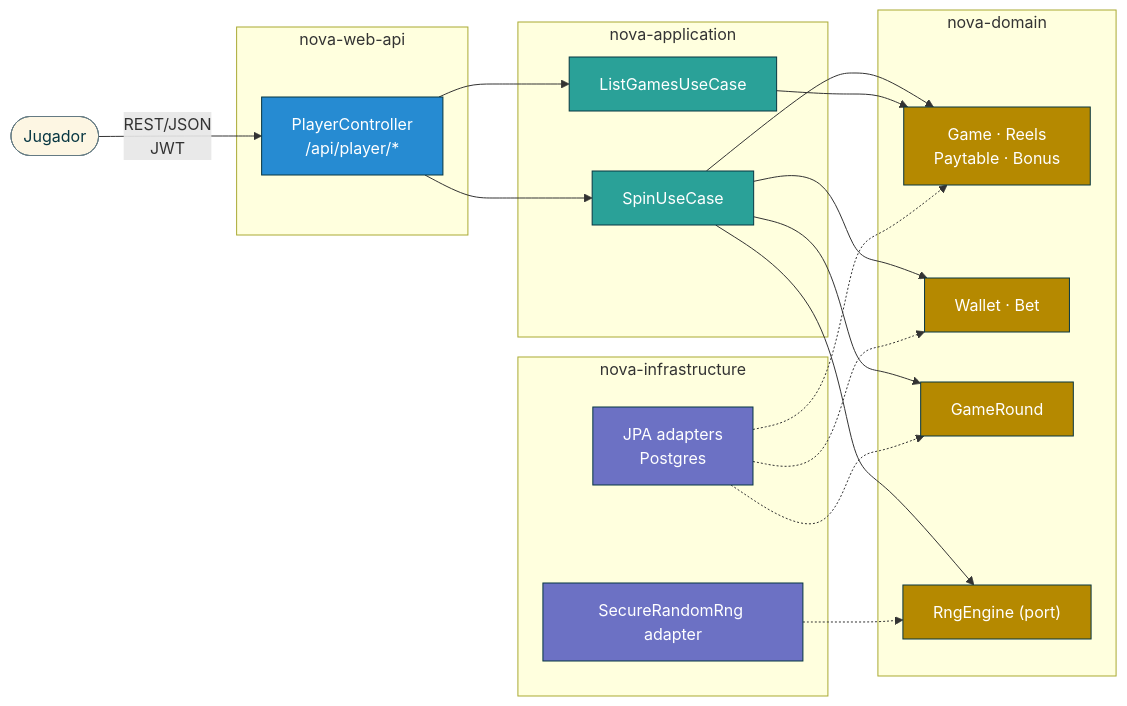
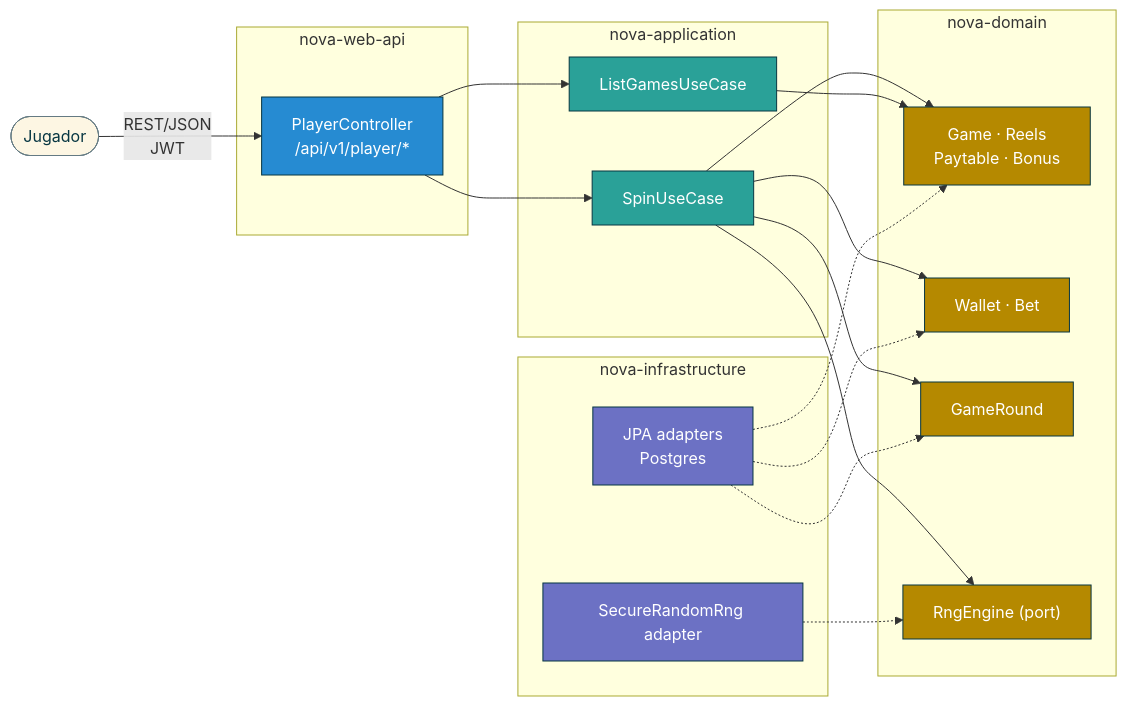
The third of 10 diagrams in readme.md (jordipochvall/AI4Devs-finalproject), drawn with Mermaid before and after one commit. The commit also changed other lines of this file and 1 other file, not shown here.

Commit message:
3. Modelo de Datos 4. Especificación de la API

````diff
--- a/readme.md
+++ b/readme.md
@@ -361,49 +388,49 @@
 ```mermaid
 flowchart LR
     Player([Jugador])
 
     subgraph WebApi["nova-web-api"]
-        PC["PlayerController<br/>/api/player/*"]
+        PC["PlayerController<br/>/api/v1/player/*"]
     end
 
     subgraph App["nova-application"]
         SPIN["SpinUseCase"]
         LIST["ListGamesUseCase"]
     end
 
     subgraph Domain["nova-domain"]
         GAME["Game · Reels<br/>Paytable · Bonus"]
         WAL["Wallet · Bet"]
         AUD["GameRound"]
         RNG_PORT["RngEngine (port)"]
     end
 
     subgraph Infra["nova-infrastructure"]
         JPA["JPA adapters<br/>Postgres"]
         RNG_ADP["SecureRandomRng adapter"]
     end
 
     Player -- "REST/JSON<br/>JWT" --> PC
     PC --> SPIN
     PC --> LIST
     SPIN --> GAME
     SPIN --> WAL
     SPIN --> AUD
     SPIN --> RNG_PORT
     LIST --> GAME
     JPA -.-> WAL
     JPA -.-> AUD
     JPA -.-> GAME
     RNG_ADP -.-> RNG_PORT
 
     classDef api fill:#268bd2,stroke:#073642,color:#fff
     classDef app fill:#2aa198,stroke:#073642,color:#fff
     classDef dom fill:#b58900,stroke:#073642,color:#fff
     classDef inf fill:#6c71c4,stroke:#073642,color:#fff
     classDef actor fill:#fdf6e3,stroke:#657b83,color:#073642
     class PC api
     class SPIN,LIST app
     class GAME,WAL,AUD,RNG_PORT dom
     class JPA,RNG_ADP inf
     class Player actor
 ```
````
